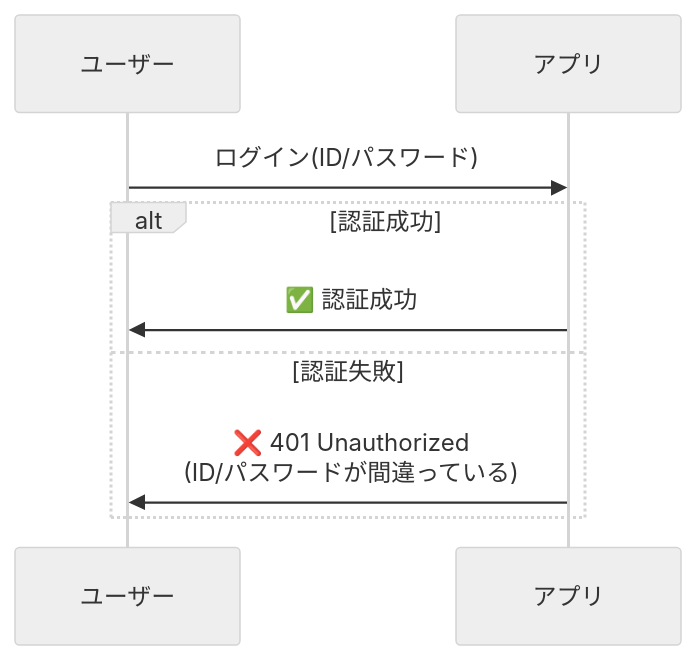
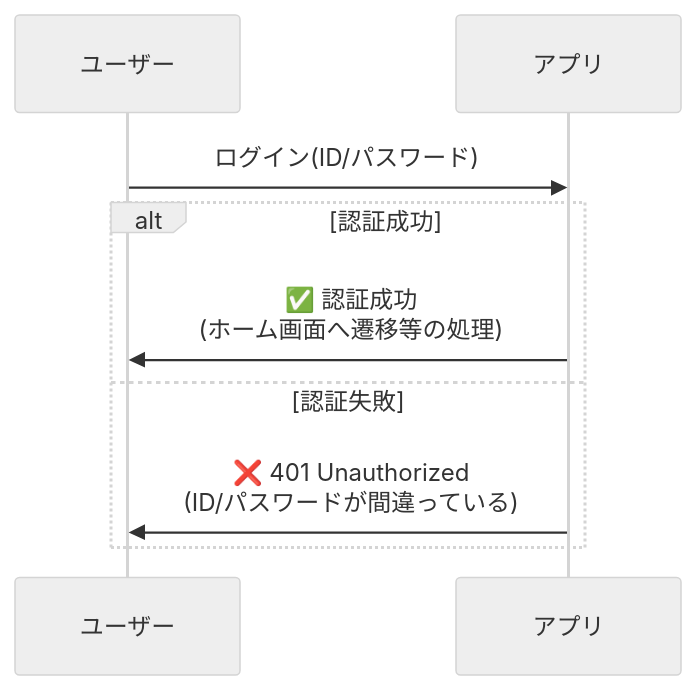
Before and after one commit to im-sts-miyamoto/mkdocs: the first of 10 diagrams in docs/src/auth/basics.md, drawn with Mermaid (neutral theme). The commit also changed other lines of this file and 7 other files, not shown here.

````diff
--- a/docs/src/auth/basics.md
+++ b/docs/src/auth/basics.md
@@ -33,12 +35,12 @@
     ```mermaid
     sequenceDiagram
         participant User as ユーザー
         participant App as アプリ
 
         User->>App: ログイン(ID/パスワード)
         alt 認証成功
-            App->>User: ✅ 認証成功
+            App->>User: ✅ 認証成功<br/>(ホーム画面へ遷移等の処理)
         else 認証失敗
             App->>User: ❌ 401 Unauthorized<br/>(ID/パスワードが間違っている)
         end
     ```
````
